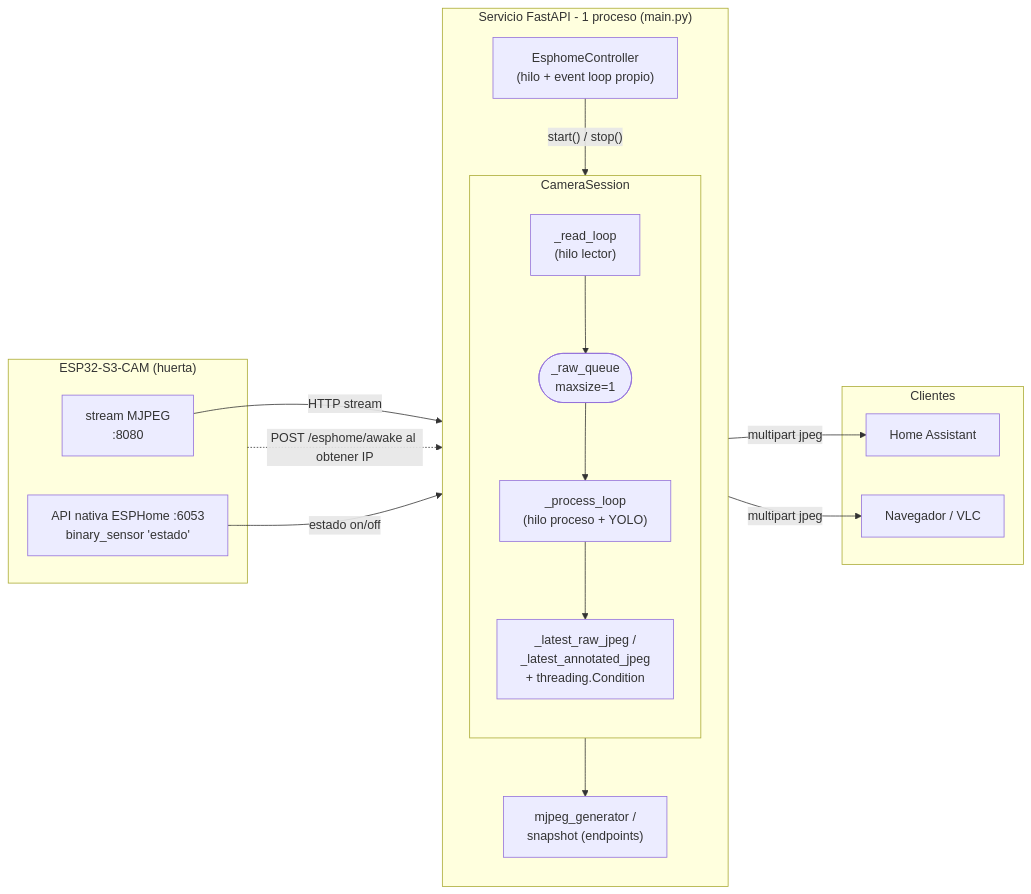
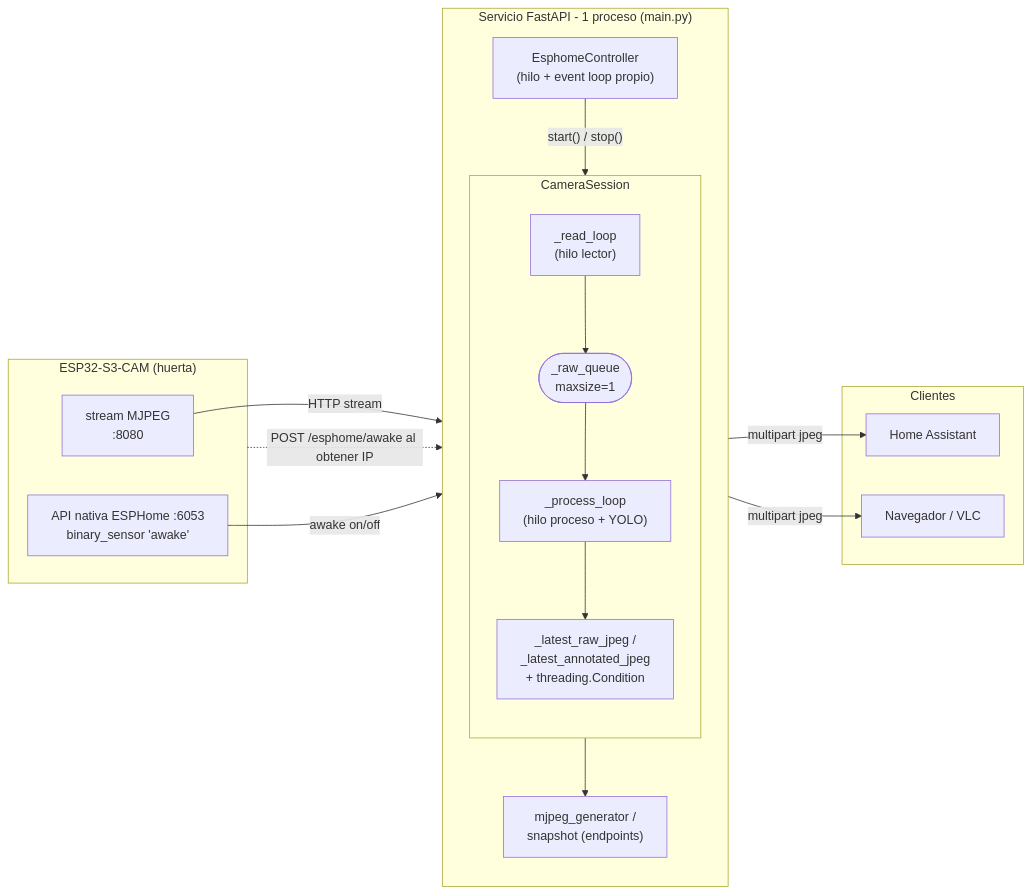
One commit to buho29/smart-sentry changed the second of 5 diagrams in detect/docs/ARQUITECTURA.md. Above: the diagram before and after it, drawn with Mermaid. The commit also changed other lines of this file and 18 other files, not shown here.

````diff
--- a/detect/docs/ARQUITECTURA.md
+++ b/detect/docs/ARQUITECTURA.md
@@ -891,34 +898,34 @@
 ```mermaid
 flowchart LR
     subgraph ESP["ESP32-S3-CAM (huerta)"]
         MJPEG["stream MJPEG<br/>:8080"]
-        NAPI["API nativa ESPHome :6053<br/>binary_sensor 'estado'"]
+        NAPI["API nativa ESPHome :6053<br/>binary_sensor 'awake'"]
     end
 
     subgraph SVC["Servicio FastAPI - 1 proceso (main.py)"]
         direction TB
         subgraph SESS["CameraSession"]
             direction TB
             RL["_read_loop<br/>(hilo lector)"]
             Q(["_raw_queue<br/>maxsize=1"])
             PL["_process_loop<br/>(hilo proceso + YOLO)"]
             BUF["_latest_raw_jpeg /<br/>_latest_annotated_jpeg<br/>+ threading.Condition"]
             RL --> Q --> PL --> BUF
         end
         EC["EsphomeController<br/>(hilo + event loop propio)"]
         GEN["mjpeg_generator /<br/>snapshot (endpoints)"]
         BUF --> GEN
     end
 
     subgraph CLI["Clientes"]
         HA["Home Assistant"]
         BR["Navegador / VLC"]
     end
 
     MJPEG -->|HTTP stream| RL
-    NAPI -->|estado on/off| EC
+    NAPI -->|awake on/off| EC
     EC -->|"start() / stop()"| SESS
     GEN -->|multipart jpeg| HA
     GEN -->|multipart jpeg| BR
     ESP -.->|"POST /esphome/awake al obtener IP"| EC
 ```
````
